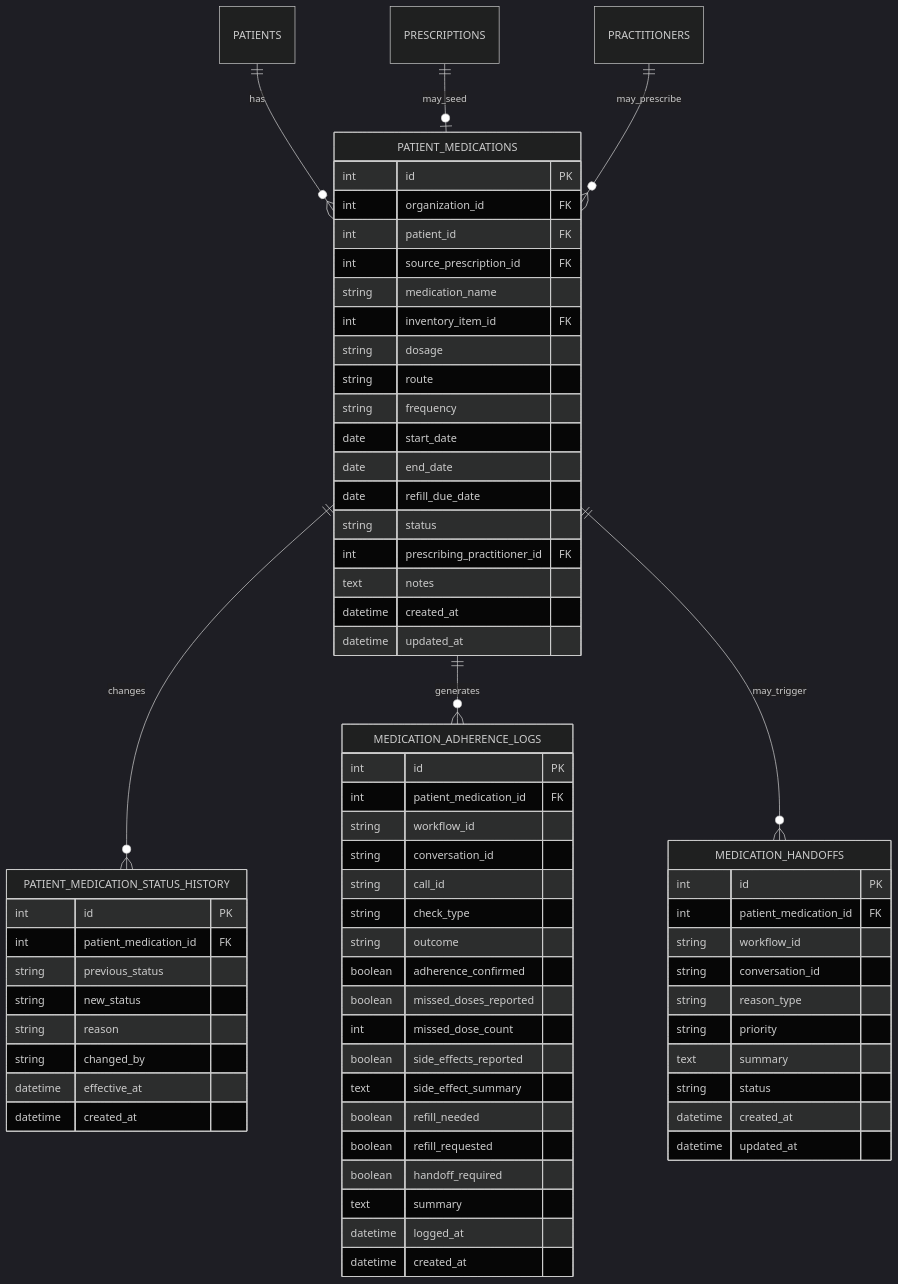
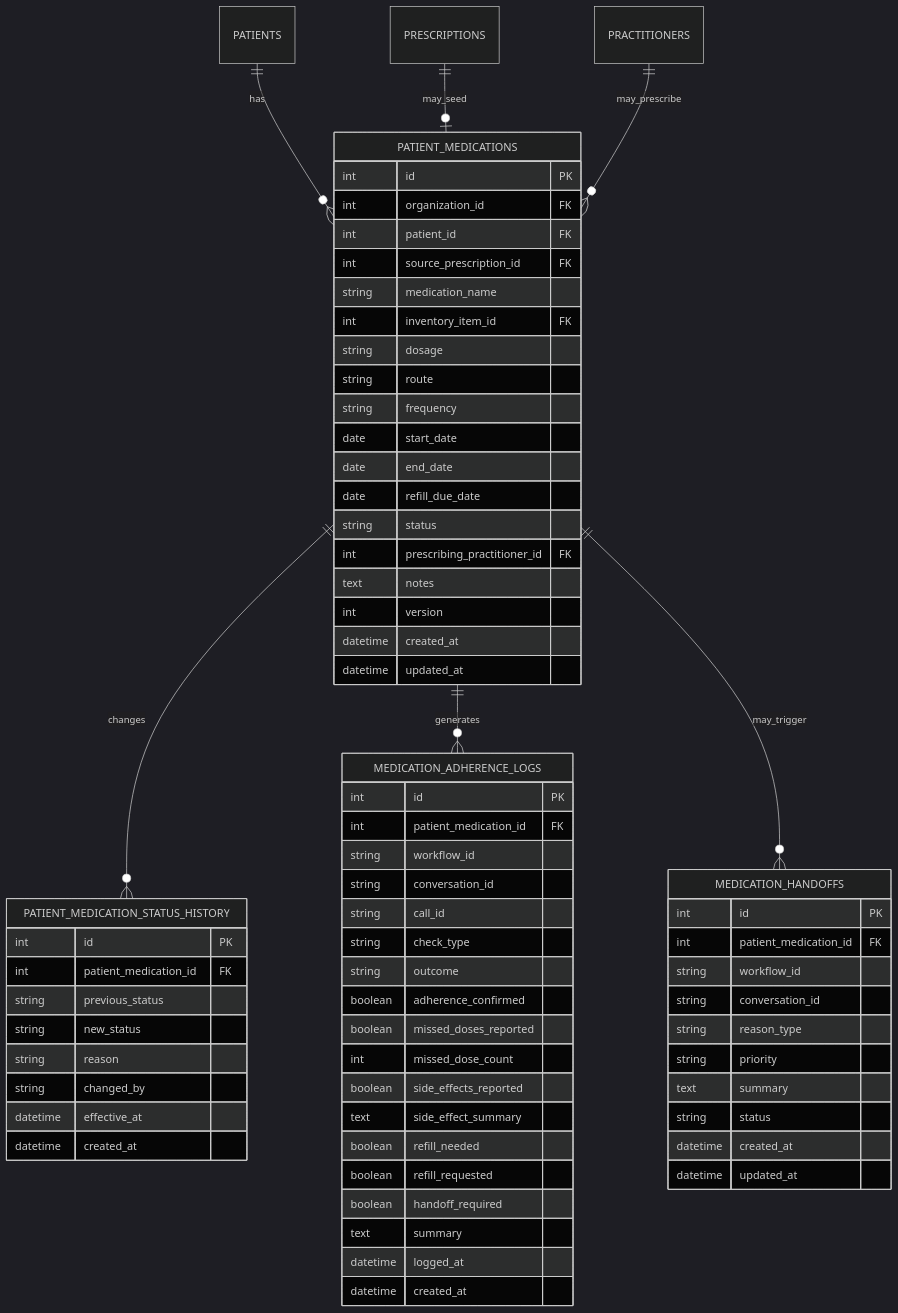
One commit to Kayy-droid/healthOs-db changed the first of 2 diagrams in data_layer/medication_schema.md. Above: the diagram before and after it, drawn with Mermaid (dark theme). The commit also changed other lines of this file and 6 other files, not shown here.

````diff
--- a/data_layer/medication_schema.md
+++ b/data_layer/medication_schema.md
@@ -187,74 +193,75 @@
 ```mermaid
 erDiagram
     PATIENTS ||--o{ PATIENT_MEDICATIONS : has
     PRESCRIPTIONS ||--o| PATIENT_MEDICATIONS : may_seed
     PRACTITIONERS ||--o{ PATIENT_MEDICATIONS : may_prescribe
     PATIENT_MEDICATIONS ||--o{ PATIENT_MEDICATION_STATUS_HISTORY : changes
     PATIENT_MEDICATIONS ||--o{ MEDICATION_ADHERENCE_LOGS : generates
     PATIENT_MEDICATIONS ||--o{ MEDICATION_HANDOFFS : may_trigger
 
     PATIENT_MEDICATIONS {
         int id PK
         int organization_id FK
         int patient_id FK
         int source_prescription_id FK
         string medication_name
         int inventory_item_id FK
         string dosage
         string route
         string frequency
         date start_date
         date end_date
         date refill_due_date
         string status
         int prescribing_practitioner_id FK
         text notes
+        int version
         datetime created_at
         datetime updated_at
     }
 
     PATIENT_MEDICATION_STATUS_HISTORY {
         int id PK
         int patient_medication_id FK
         string previous_status
         string new_status
         string reason
         string changed_by
         datetime effective_at
         datetime created_at
     }
 
     MEDICATION_ADHERENCE_LOGS {
         int id PK
         int patient_medication_id FK
         string workflow_id
         string conversation_id
         string call_id
         string check_type
         string outcome
         boolean adherence_confirmed
         boolean missed_doses_reported
         int missed_dose_count
         boolean side_effects_reported
         text side_effect_summary
         boolean refill_needed
         boolean refill_requested
         boolean handoff_required
         text summary
         datetime logged_at
         datetime created_at
     }
 
     MEDICATION_HANDOFFS {
         int id PK
         int patient_medication_id FK
         string workflow_id
         string conversation_id
         string reason_type
         string priority
         text summary
         string status
         datetime created_at
         datetime updated_at
     }
 ```
````
